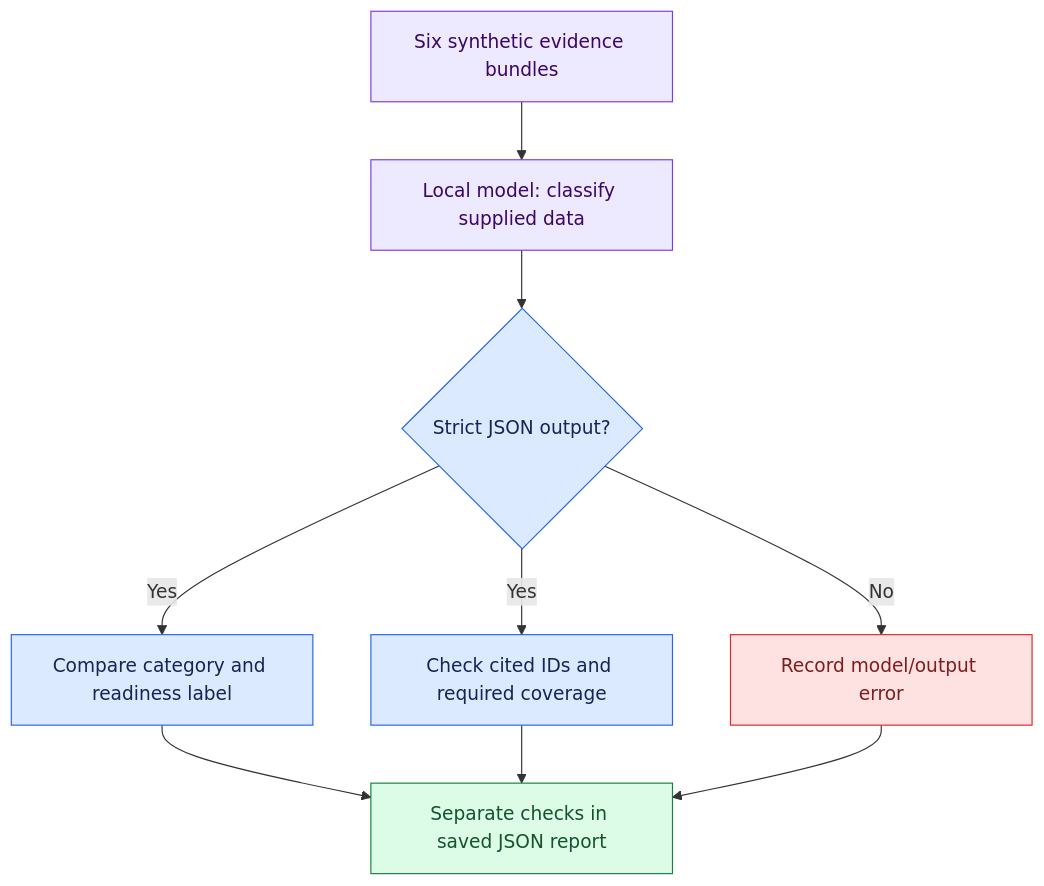
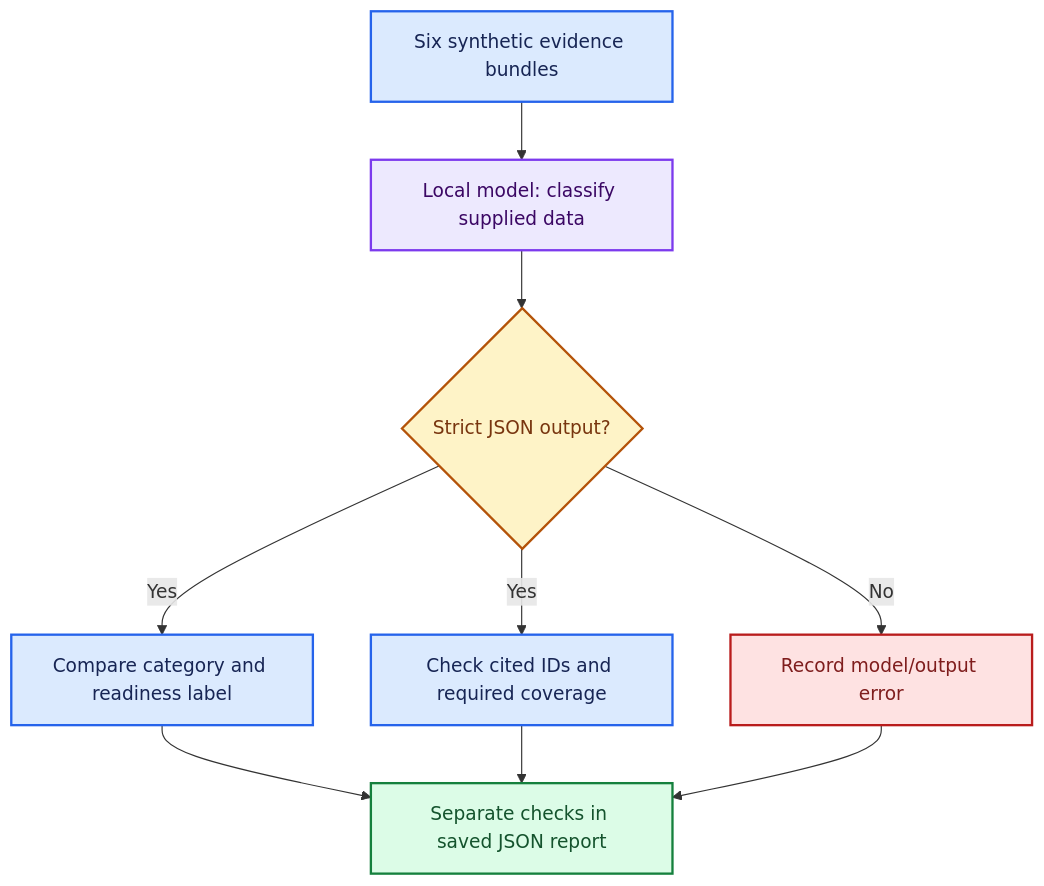
Before and after one commit to anne500/ai-agent-evaluation-harness: the diagram in docs/bri-pilot.md, drawn with Mermaid.

Commit message:
Apply shared architecture colors and visual conventions

````diff
--- a/docs/bri-pilot.md
+++ b/docs/bri-pilot.md
@@ -37,19 +37,26 @@
 ```mermaid
 flowchart TD
     E["Six synthetic evidence bundles"] --> M["Local model: classify supplied data"]
     M --> P{"Strict JSON output?"}
     P -->|No| X["Record model/output error"]
     P -->|Yes| C["Compare category and readiness label"]
     P -->|Yes| I["Check cited IDs and required coverage"]
     C --> R["Separate checks in saved JSON report"]
     I --> R
     X --> R
-    classDef purple fill:#EDE9FE,stroke:#7C3AED,color:#3B0764
-    classDef blue fill:#DBEAFE,stroke:#2563EB,color:#172554
-    classDef green fill:#DCFCE7,stroke:#15803D,color:#14532D
-    classDef red fill:#FEE2E2,stroke:#DC2626,color:#7F1D1D
-    class E,M purple
-    class P,C,I blue
-    class R green
-    class X red
+
+    %% Shared architecture palette: see VISUAL_STYLE.md
+    classDef default fill:#F8FAFC,stroke:#475569,color:#0F172A,stroke-width:2px;
+    classDef process fill:#DBEAFE,stroke:#2563EB,color:#172554,stroke-width:2px;
+    classDef model fill:#EDE9FE,stroke:#7C3AED,color:#3B0764,stroke-width:2px;
+    classDef store fill:#CCFBF1,stroke:#0F766E,color:#134E4A,stroke-width:2px;
+    classDef decision fill:#FEF3C7,stroke:#B45309,color:#78350F,stroke-width:2px;
+    classDef human fill:#FFEDD5,stroke:#C2410C,color:#7C2D12,stroke-width:2px;
+    classDef output fill:#DCFCE7,stroke:#15803D,color:#14532D,stroke-width:2px;
+    classDef failure fill:#FEE2E2,stroke:#B91C1C,color:#7F1D1D,stroke-width:2px;
+    class E,C,I process;
+    class M model;
+    class P decision;
+    class R output;
+    class X failure;
 ```
````
